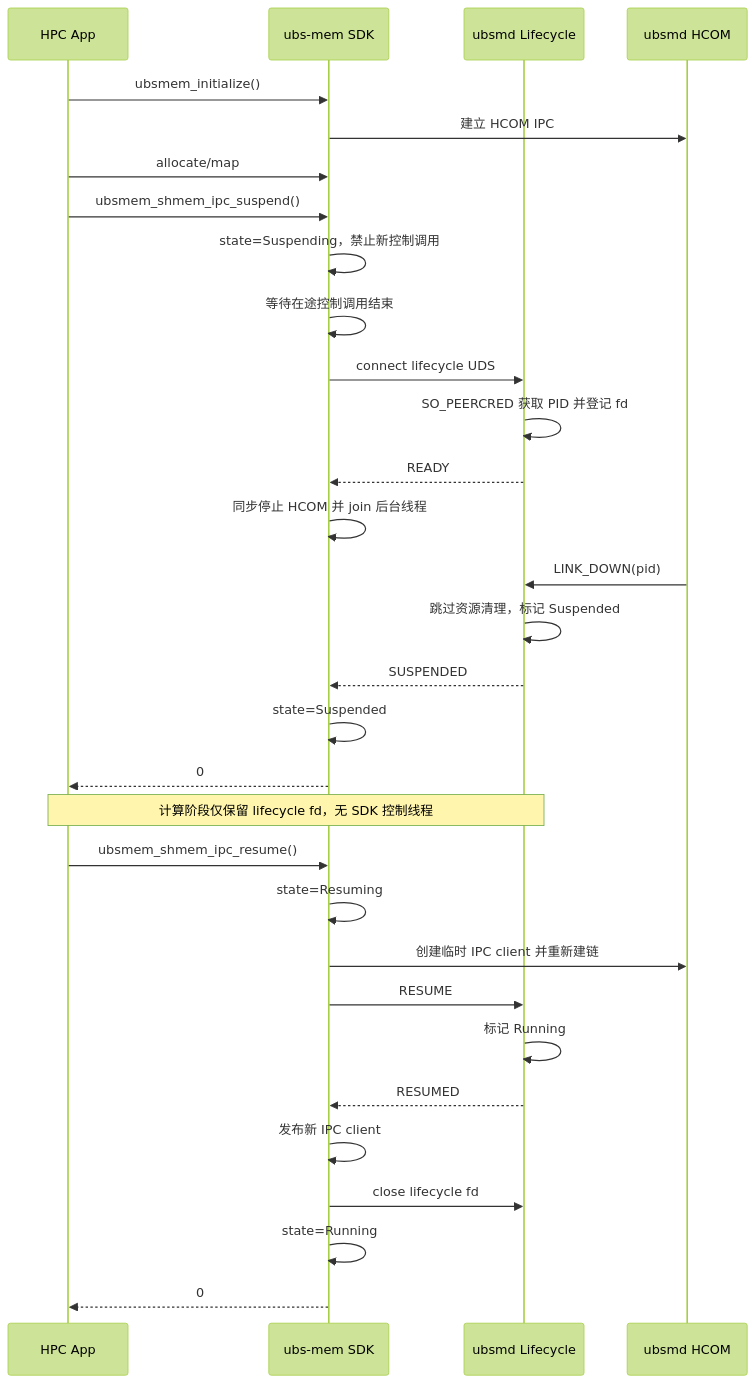
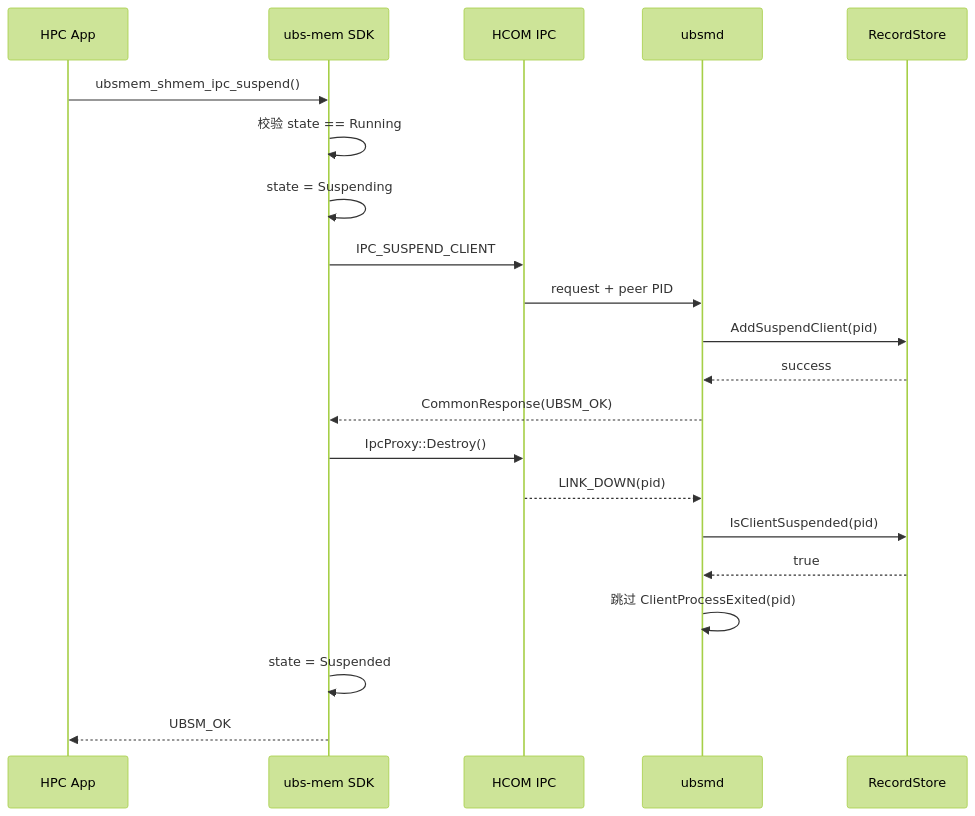
One commit to openeuler-mirror/ubs-mem changed the first of 3 diagrams in docs/zh/ipc_suspend_resume_design.md. Above: the diagram before and after it, drawn with Mermaid (forest theme). The commit also changed other lines of this file, not shown here.

First line of the commit message:
docs: align suspend design with IPC implementation

````diff
--- a/docs/zh/ipc_suspend_resume_design.md
+++ b/docs/zh/ipc_suspend_resume_design.md
@@ -164,36 +228,24 @@
 ```mermaid
 sequenceDiagram
     participant App as HPC App
     participant SDK as ubs-mem SDK
-    participant LC as ubsmd Lifecycle
-    participant HCOM as ubsmd HCOM
+    participant HCOM as HCOM IPC
+    participant Daemon as ubsmd
+    participant Store as RecordStore
 
-    App->>SDK: ubsmem_initialize()
-    SDK->>HCOM: 建立 HCOM IPC
-    App->>SDK: allocate/map
     App->>SDK: ubsmem_shmem_ipc_suspend()
-    SDK->>SDK: state=Suspending，禁止新控制调用
-    SDK->>SDK: 等待在途控制调用结束
-    SDK->>LC: connect lifecycle UDS
-    LC->>LC: SO_PEERCRED 获取 PID 并登记 fd
-    LC-->>SDK: READY
-    SDK->>SDK: 同步停止 HCOM 并 join 后台线程
-    HCOM->>LC: LINK_DOWN(pid)
-    LC->>LC: 跳过资源清理，标记 Suspended
-    LC-->>SDK: SUSPENDED
-    SDK->>SDK: state=Suspended
-    SDK-->>App: 0
-
-    Note over App,LC: 计算阶段仅保留 lifecycle fd，无 SDK 控制线程
-
-    App->>SDK: ubsmem_shmem_ipc_resume()
-    SDK->>SDK: state=Resuming
-    SDK->>HCOM: 创建临时 IPC client 并重新建链
-    SDK->>LC: RESUME
-    LC->>LC: 标记 Running
-    LC-->>SDK: RESUMED
-    SDK->>SDK: 发布新 IPC client
-    SDK->>LC: close lifecycle fd
-    SDK->>SDK: state=Running
-    SDK-->>App: 0
+    SDK->>SDK: 校验 state == Running
+    SDK->>SDK: state = Suspending
+    SDK->>HCOM: IPC_SUSPEND_CLIENT
+    HCOM->>Daemon: request + peer PID
+    Daemon->>Store: AddSuspendClient(pid)
+    Store-->>Daemon: success
+    Daemon-->>SDK: CommonResponse(UBSM_OK)
+    SDK->>HCOM: IpcProxy::Destroy()
+    HCOM-->>Daemon: LINK_DOWN(pid)
+    Daemon->>Store: IsClientSuspended(pid)
+    Store-->>Daemon: true
+    Daemon->>Daemon: 跳过 ClientProcessExited(pid)
+    SDK->>SDK: state = Suspended
+    SDK-->>App: UBSM_OK
 ```
````
